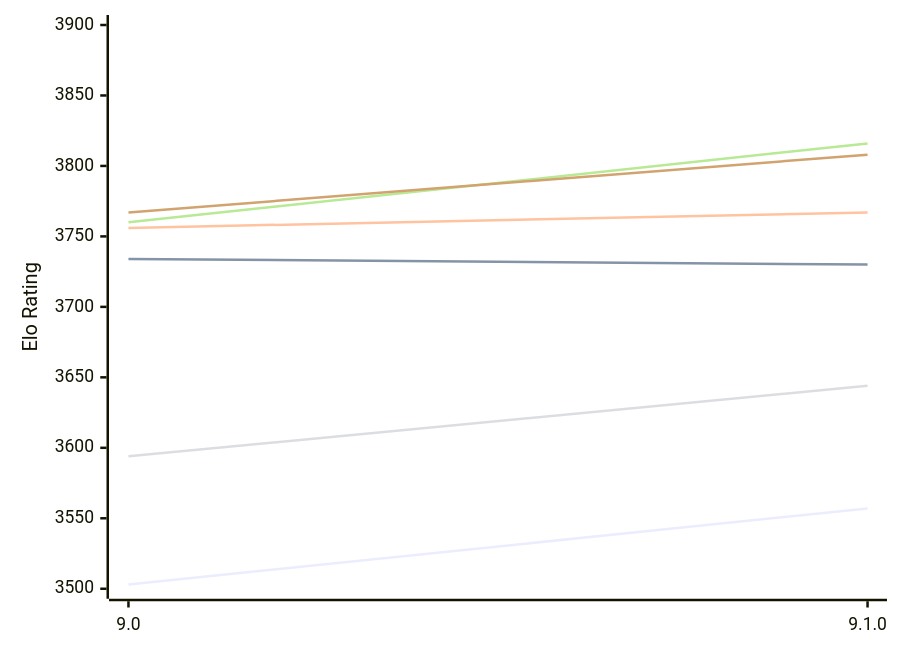
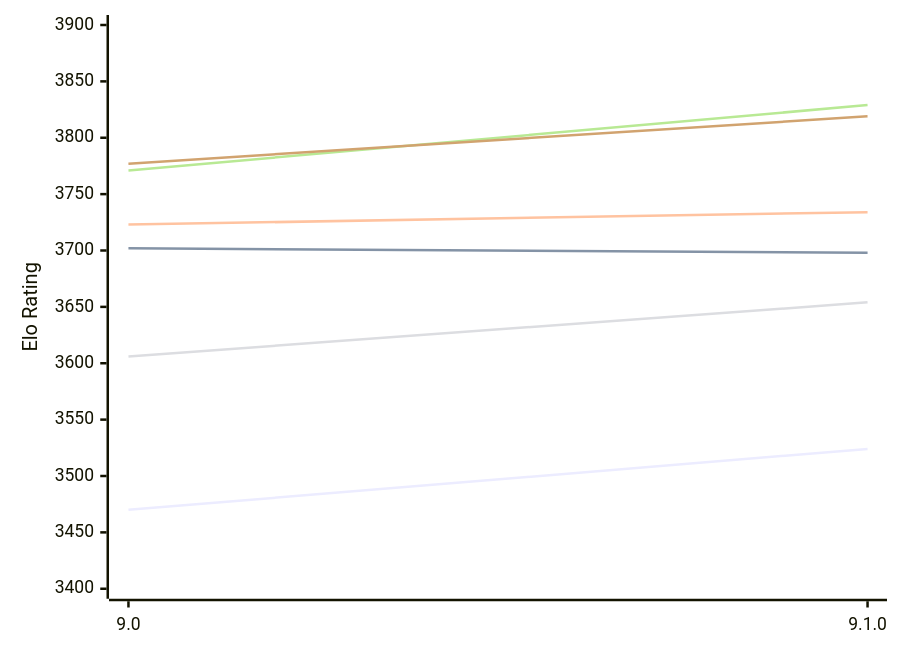
One commit to computer-chess-index/cci changed the first of 2 diagrams in engines/Alexandria.md. Above: the diagram before and after it, drawn with Mermaid. The commit also changed other lines of this file, not shown here.

Commit message:
Update CCI Ratings (ELO VLTC) - 2026-11-12

````diff
--- a/engines/Alexandria.md
+++ b/engines/Alexandria.md
@@ -54,12 +54,12 @@
 ```mermaid
 %%{init: {"theme":"base","themeVariables":{"seriesColors:['#a3a3a3','#222221','#faa371']}}}%%
 xychart-beta
   x-axis ["9.0", "9.1.0"]
-  y-axis "Elo Rating" 3500 --> 3900
-  line "E1: STC (8.0+0.08s)" [3503, 3557]
-  line "E1: LTC (60.0+0.60s)" [3734, 3730]
-  line "E1: VLTC (2m24s+1.12s)" [3756, 3767]
-  line "P1: STC (8.0+0.08s)" [3594, 3644]
-  line "P1: LTC (60.0+0.60s)" [3760, 3816]
-  line "P1: VLTC (2m24s+1.12s)" [3767, 3808]
+  y-axis "Elo Rating" 3400 --> 3900
+  line "E1: STC (8.0+0.08s)" [3470, 3524]
+  line "E1: LTC (60.0+0.60s)" [3702, 3698]
+  line "E1: VLTC (2m24s+1.12s)" [3723, 3734]
+  line "P1: STC (8.0+0.08s)" [3606, 3654]
+  line "P1: LTC (60.0+0.60s)" [3771, 3829]
+  line "P1: VLTC (2m24s+1.12s)" [3777, 3819]
 ```
````
